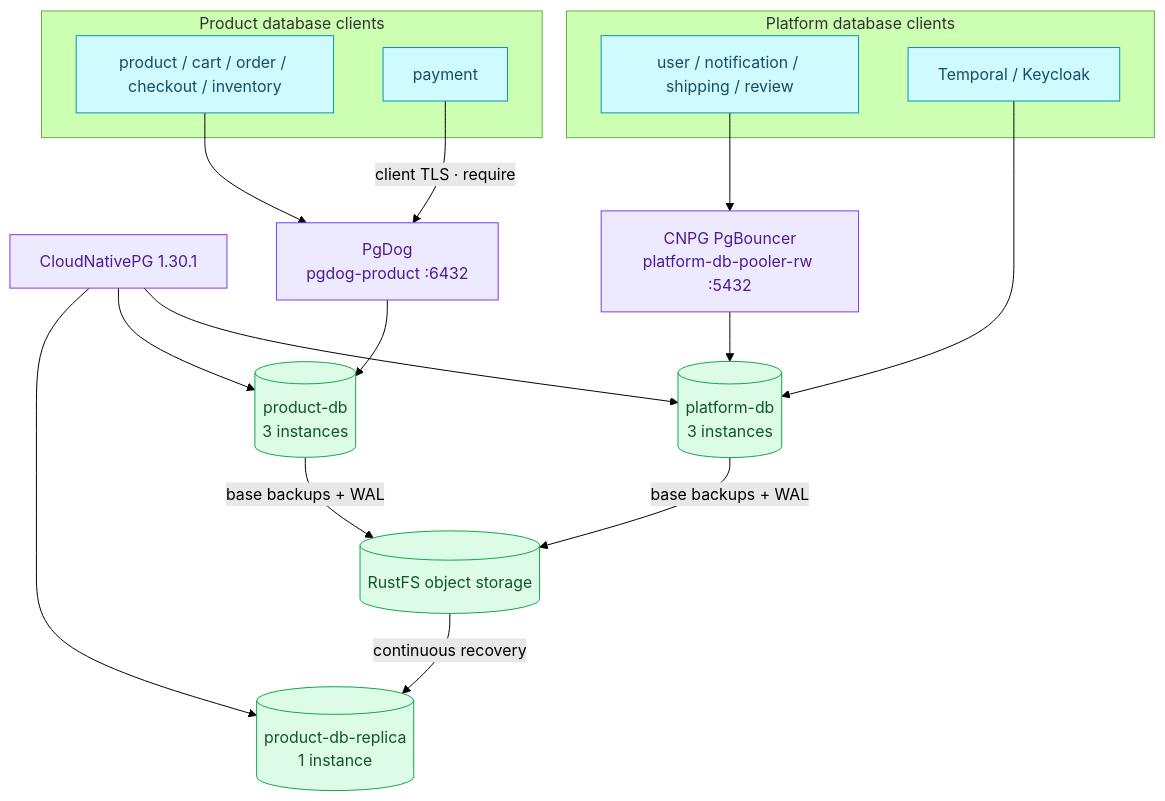
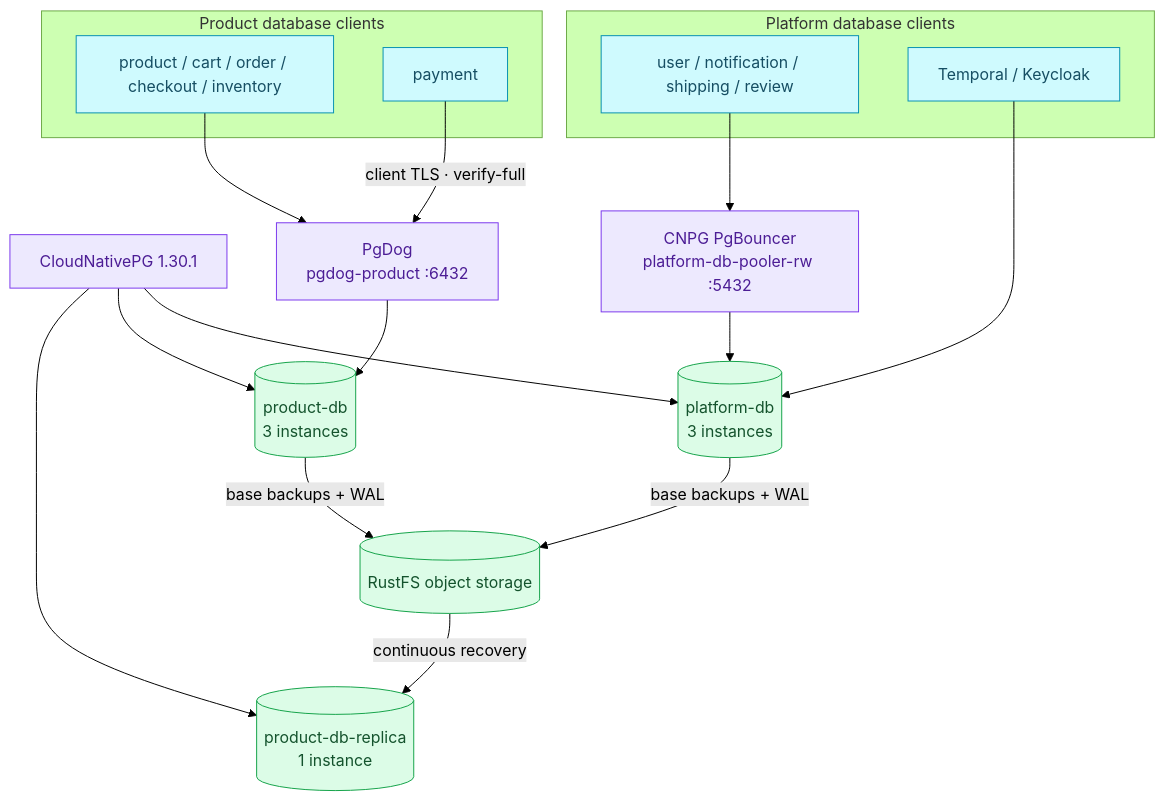
One commit to duynhlab/homelab changed the diagram in docs/databases/architecture.md. Above: the diagram before and after it, drawn with Mermaid (forest theme). The commit also changed other lines of this file and 11 other files, not shown here.

First line of the commit message:
Verify PgDog from payment with verify-full (#1292)

````diff
--- a/docs/databases/architecture.md
+++ b/docs/databases/architecture.md
@@ -24,39 +24,39 @@
 ```mermaid
 flowchart TB
     CNPG["CloudNativePG 1.30.1"]
 
     subgraph PlatformClients["Platform database clients"]
         PlatformApps["user / notification / shipping / review"]
         DirectPlatform["Temporal / Keycloak"]
     end
 
     subgraph ProductClients["Product database clients"]
         ProductApps["product / cart / order / checkout / inventory"]
         Payment["payment"]
     end
 
     PgBouncer["CNPG PgBouncer<br/>platform-db-pooler-rw :5432"]
     PgDog["PgDog<br/>pgdog-product :6432"]
     Platform[("platform-db<br/>3 instances")]
     Product[("product-db<br/>3 instances")]
     DR[("product-db-replica<br/>1 instance")]
     Store[("RustFS object storage")]
 
     CNPG --> Platform
     CNPG --> Product
     CNPG --> DR
     PlatformApps --> PgBouncer --> Platform
     DirectPlatform --> Platform
     ProductApps --> PgDog --> Product
-    Payment -->|"client TLS · require"| PgDog
+    Payment -->|"client TLS · verify-full"| PgDog
     Platform -->|"base backups + WAL"| Store
     Product -->|"base backups + WAL"| Store
     Store -->|"continuous recovery"| DR
 
     classDef service fill:#cffafe,color:#164e63,stroke:#0891b2;
     classDef platform fill:#ede9fe,color:#4c1d95,stroke:#7c3aed;
     classDef data fill:#dcfce7,color:#14532d,stroke:#16a34a;
     class CNPG,PgBouncer,PgDog platform;
     class PlatformApps,DirectPlatform,ProductApps,Payment service;
     class Platform,Product,DR,Store data;
 ```
````
